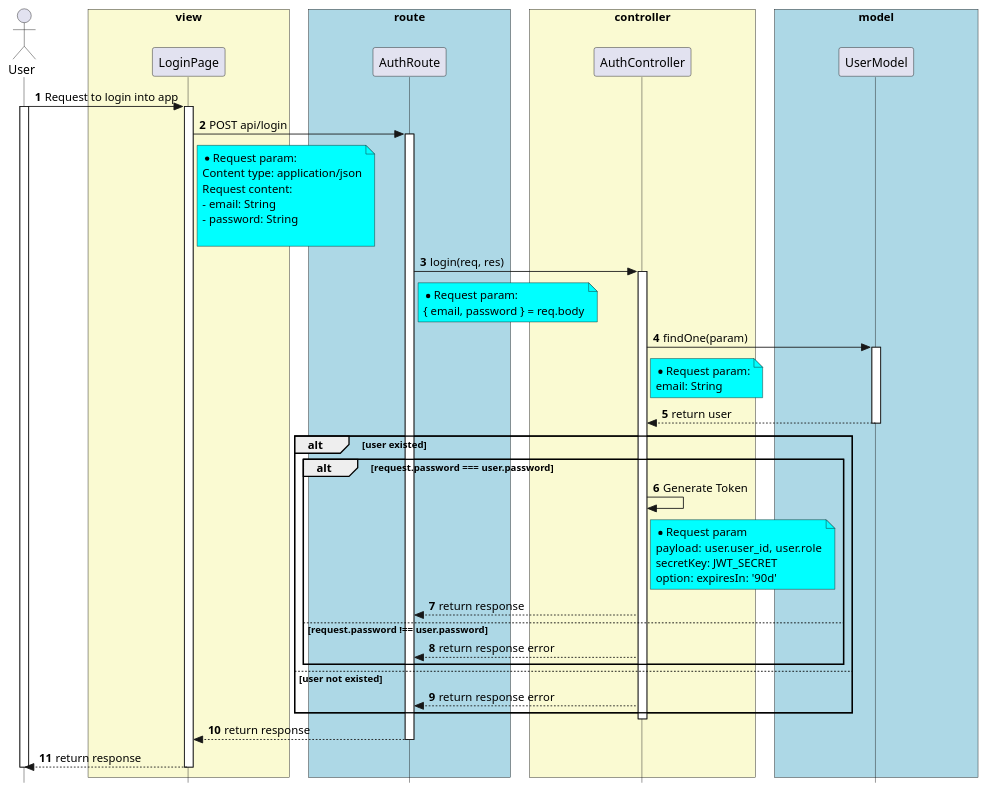
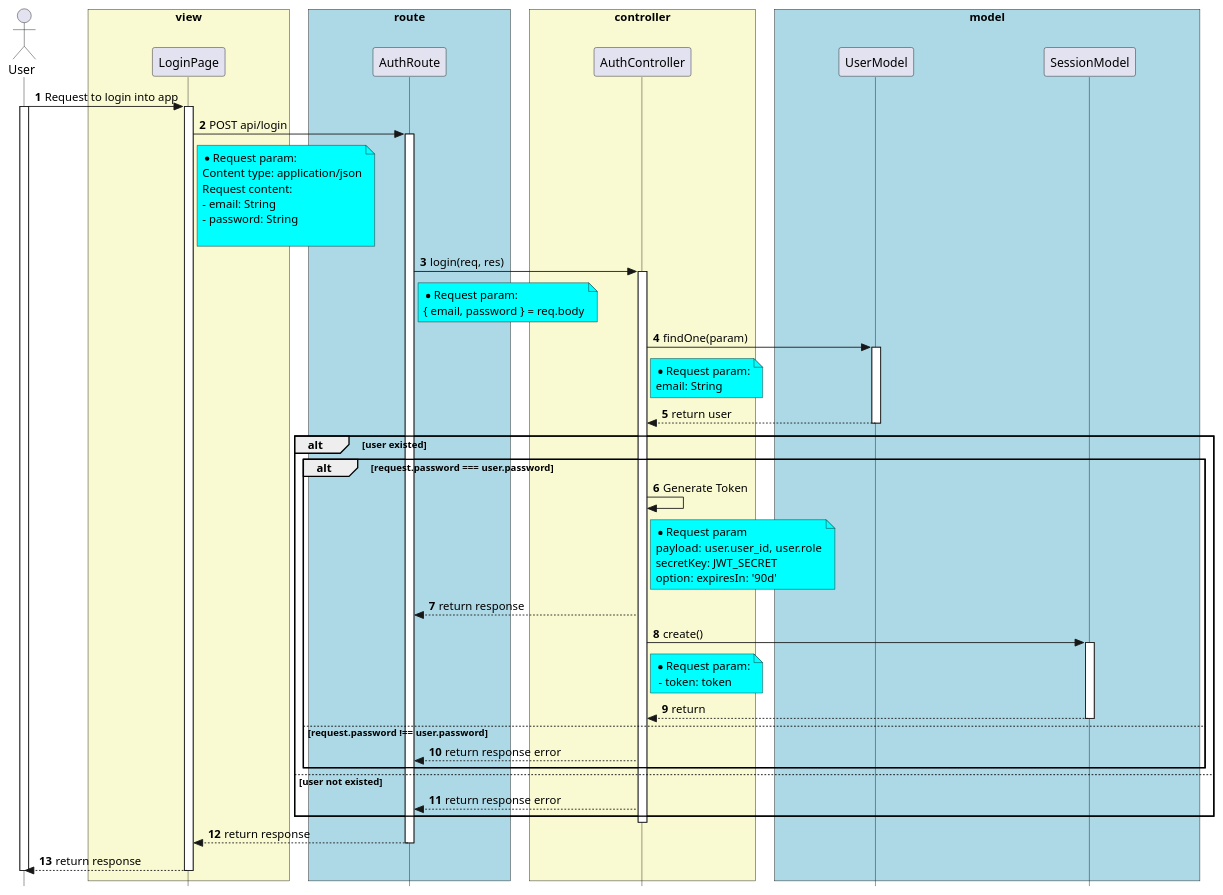
The diagram in diagram/sequence/API/auth/login.pu (techcomrade/fmECG), drawn with PlantUML before and after one commit. The commit also changed 1 other file, not shown here.

```diff
--- a/diagram/sequence/API/auth/login.pu
+++ b/diagram/sequence/API/auth/login.pu
@@ -2,110 +2,122 @@
 @startuml
 
 
 skinparam style strictuml
 
 skinparam lifelineStrategy solid
 
 skinparam ParticipantPadding 70
 
 skinparam BoxPadding 10
 
 autonumber
 
 actor User as User
 
 box "view" #LightGoldenRodYellow
 
 participant LoginPage as LoginPage
 
 end box
 
 
 box "route" #lightBlue
 
 participant AuthRoute as AuthRoute
 
 end box
 
 
 box "controller" #LightGoldenRodYellow
 participant AuthController as AuthController
 
 end box
 
 
 box "model" #lightBlue
 participant UserModel as UserModel
+participant SessionModel as SessionModel
+
 
 end box
 
 
 User -> LoginPage: Request to login into app
 activate User
 activate LoginPage
 
 LoginPage -> AuthRoute: POST api/login
 activate AuthRoute
 
 note right of LoginPage #Aqua
 * Request param:
 Content type: application/json
 Request content:
 - email: String
 - password: String
 
 end note
 
 AuthRoute -> AuthController: login(req, res)
 activate AuthController
 
 note right of AuthRoute #Aqua
 * Request param:
 { email, password } = req.body
 end note
 
 AuthController -> UserModel: findOne(param)
 note right of AuthController #Aqua
 * Request param:
 email: String
 end note
 activate UserModel 
 UserModel --> AuthController: return user
 deactivate UserModel
 alt user existed
 
 alt request.password === user.password 
 AuthController -> AuthController: Generate Token
 note right of AuthController #Aqua
 * Request param
 payload: user.user_id, user.role
 secretKey: JWT_SECRET
 option: expiresIn: '90d'
 end note
 
 AuthController --> AuthRoute: return response
 ' note left of AuthController #Aqua
 ' * Response params:
 ' - cookie
 ' - status
 ' - user
 ' end note
 
+AuthController -> SessionModel: create()
+note right of AuthController #Aqua
+* Request param:
+ - token: token
+end note
+
+activate SessionModel
+SessionModel --> AuthController: return
+deactivate SessionModel
+
 else request.password !== user.password 
 AuthController --> AuthRoute: return response error
 
 end
 
 else user not existed
 AuthController --> AuthRoute: return response error
 
 end
 deactivate AuthController
 
 AuthRoute --> LoginPage: return response
 deactivate AuthRoute
 LoginPage --> User: return response
 deactivate LoginPage
 deactivate User
 
 @enduml
```
